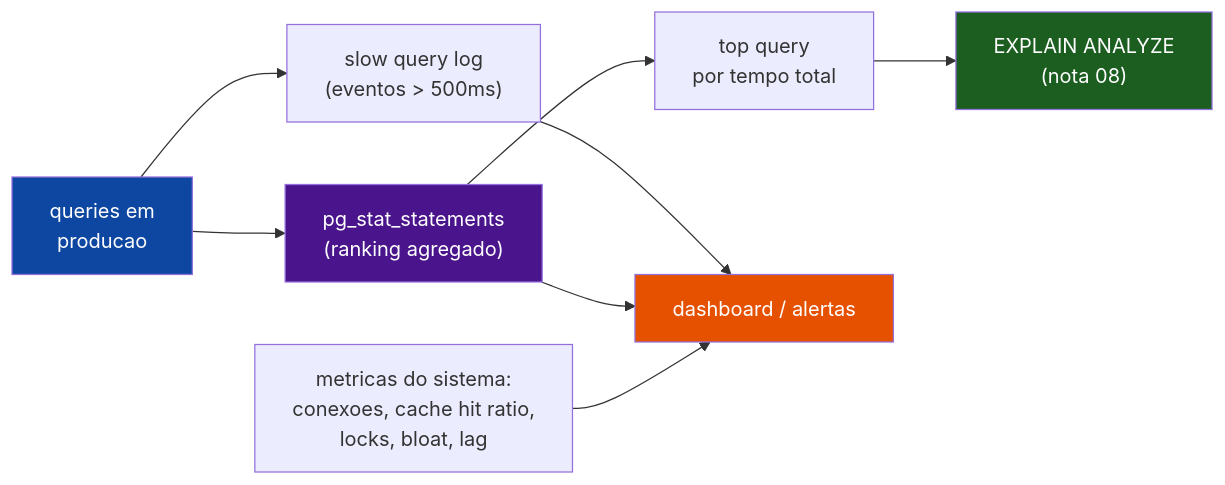
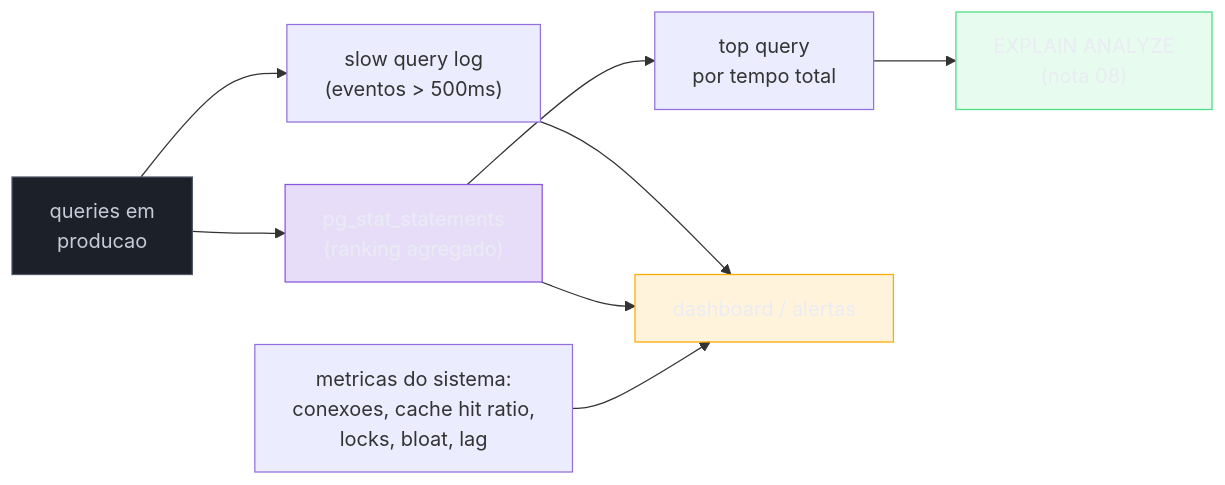
One commit to josenaldo/codex-technomanticus changed the fifth of 5 diagrams in 03-Dominios/Ciência/Banco de Dados/15 - Operação em produção.md. Above: the diagram before and after it, drawn with Mermaid. The commit also changed other lines of this file and 1181 other files, not shown here.

First line of the commit message:
fix(diagramas): paleta do sistema no lugar de cor cravada no markdown

````diff
--- a/03-Dominios/Ciência/Banco de Dados/15 - Operação em produção.md
+++ b/03-Dominios/Ciência/Banco de Dados/15 - Operação em produção.md
@@ -246,14 +258,18 @@
 ```mermaid
 flowchart LR
+    classDef neutro fill:#1B2029,stroke:#4E5666,color:#C6CCD8
+    classDef marca fill:#8855DF33,stroke:#8855DF,color:#E9ECF2
+    classDef ok fill:#4ADE8021,stroke:#4ADE80,color:#E9ECF2
+    classDef destaque fill:#FFAA0024,stroke:#FFAA00,color:#E9ECF2
     Q["queries em<br/>producao"] --> SL["slow query log<br/>(eventos > 500ms)"]
     Q --> PSS["pg_stat_statements<br/>(ranking agregado)"]
     PSS --> TOP["top query<br/>por tempo total"]
     TOP --> EX["EXPLAIN ANALYZE<br/>(nota 08)"]
     SL --> DASH["dashboard / alertas"]
     PSS --> DASH
     MET["metricas do sistema:<br/>conexoes, cache hit ratio,<br/>locks, bloat, lag"] --> DASH
-    style Q fill:#0d47a1,color:#fff
-    style PSS fill:#4a148c,color:#fff
-    style EX fill:#1b5e20,color:#fff
-    style DASH fill:#e65100,color:#fff
+    class Q neutro
+    class PSS marca
+    class EX ok
+    class DASH destaque
 ```
````
